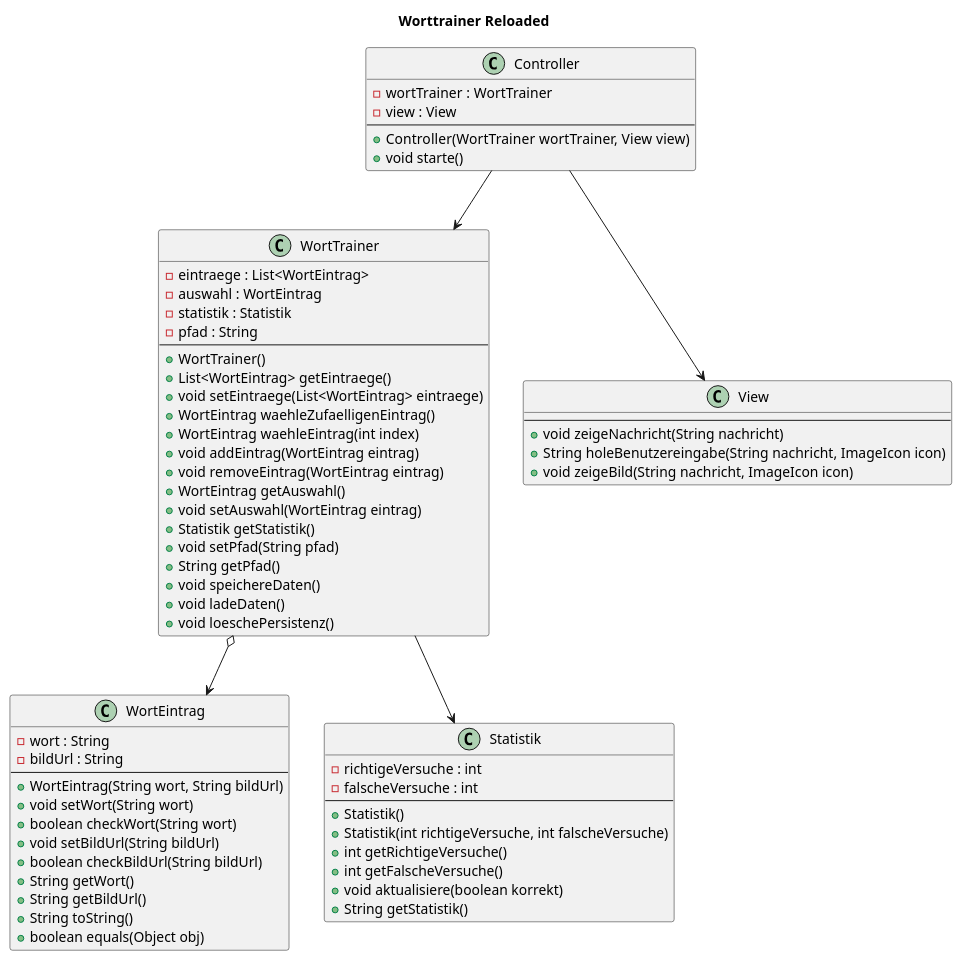
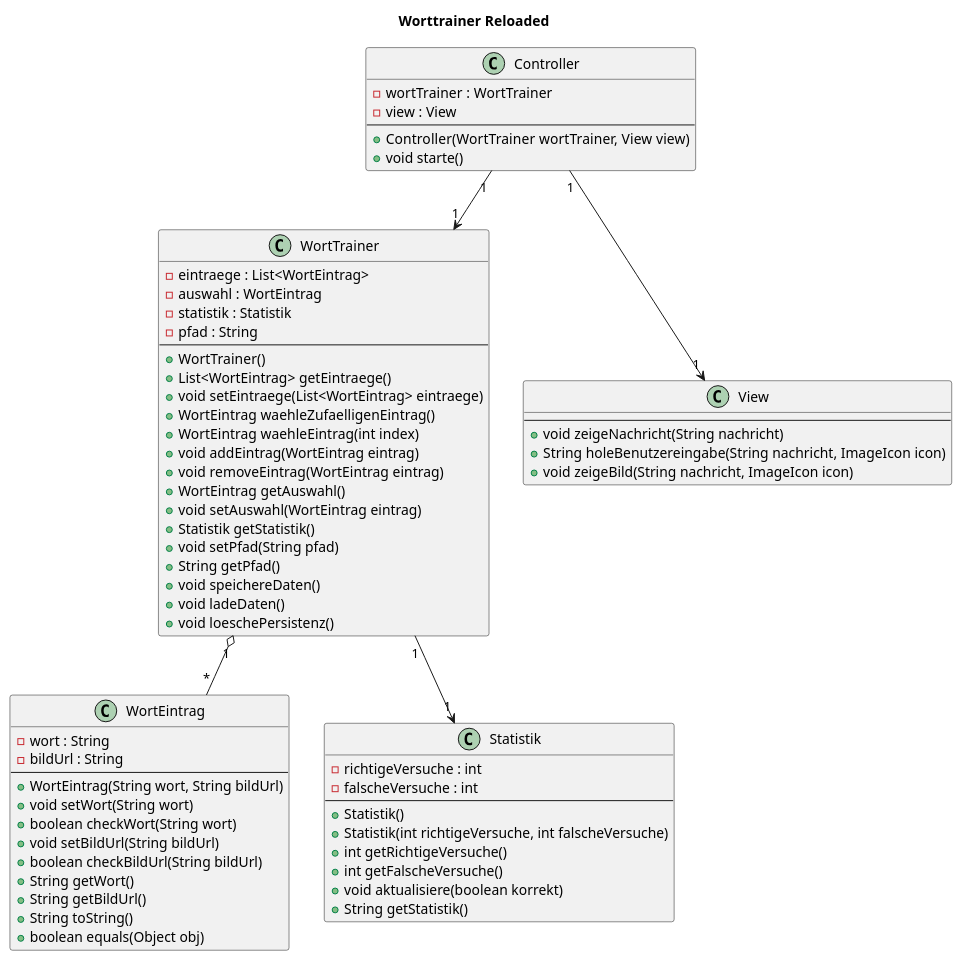
The diagram in UML/worttrainer_PUML.puml (TGM-HIT/sew9-2425-worttrainer-fpolichetti), drawn with PlantUML before and after one commit.

Commit message:
[AFTER-PROJECT] [ENTWURF] Multiplizitäten hinzugefügt.

```diff
--- a/UML/worttrainer_PUML.puml
+++ b/UML/worttrainer_PUML.puml
@@ -1,73 +1,74 @@
 @startuml
 title: Worttrainer Reloaded
 
 class WortEintrag {
   -wort : String
   -bildUrl : String
   --
   +WortEintrag(String wort, String bildUrl)
   +void setWort(String wort)
   +boolean checkWort(String wort)
   +void setBildUrl(String bildUrl)
   +boolean checkBildUrl(String bildUrl)
   +String getWort()
   +String getBildUrl()
   +String toString()
   +boolean equals(Object obj)
 }
 
 class WortTrainer {
   -eintraege : List<WortEintrag>
   -auswahl : WortEintrag
   -statistik : Statistik
   -pfad : String
   --
   +WortTrainer()
   +List<WortEintrag> getEintraege()
   +void setEintraege(List<WortEintrag> eintraege)
   +WortEintrag waehleZufaelligenEintrag()
   +WortEintrag waehleEintrag(int index)
   +void addEintrag(WortEintrag eintrag)
   +void removeEintrag(WortEintrag eintrag)
   +WortEintrag getAuswahl()
   +void setAuswahl(WortEintrag eintrag)
   +Statistik getStatistik()
   +void setPfad(String pfad)
   +String getPfad()
   +void speichereDaten()
   +void ladeDaten()
   +void loeschePersistenz()
 }
 
 class Statistik {
   -richtigeVersuche : int
   -falscheVersuche : int
   --
   +Statistik()
   +Statistik(int richtigeVersuche, int falscheVersuche)
   +int getRichtigeVersuche()
   +int getFalscheVersuche()
   +void aktualisiere(boolean korrekt)
   +String getStatistik()
 }
 
 class View {
   --
   +void zeigeNachricht(String nachricht)
   +String holeBenutzereingabe(String nachricht, ImageIcon icon)
   +void zeigeBild(String nachricht, ImageIcon icon)
 }
 
 class Controller {
   -wortTrainer : WortTrainer
   -view : View
   --
   +Controller(WortTrainer wortTrainer, View view)
   +void starte()
 }
 
-Controller --> WortTrainer
-Controller --> View
-WortTrainer o--> WortEintrag
-WortTrainer --> Statistik
+Controller "1" --> "1" WortTrainer
+Controller "1" --> "1" View
+WortTrainer "1" o-- "*" WortEintrag
+WortTrainer "1" --> "1" Statistik
+
 @enduml
```
